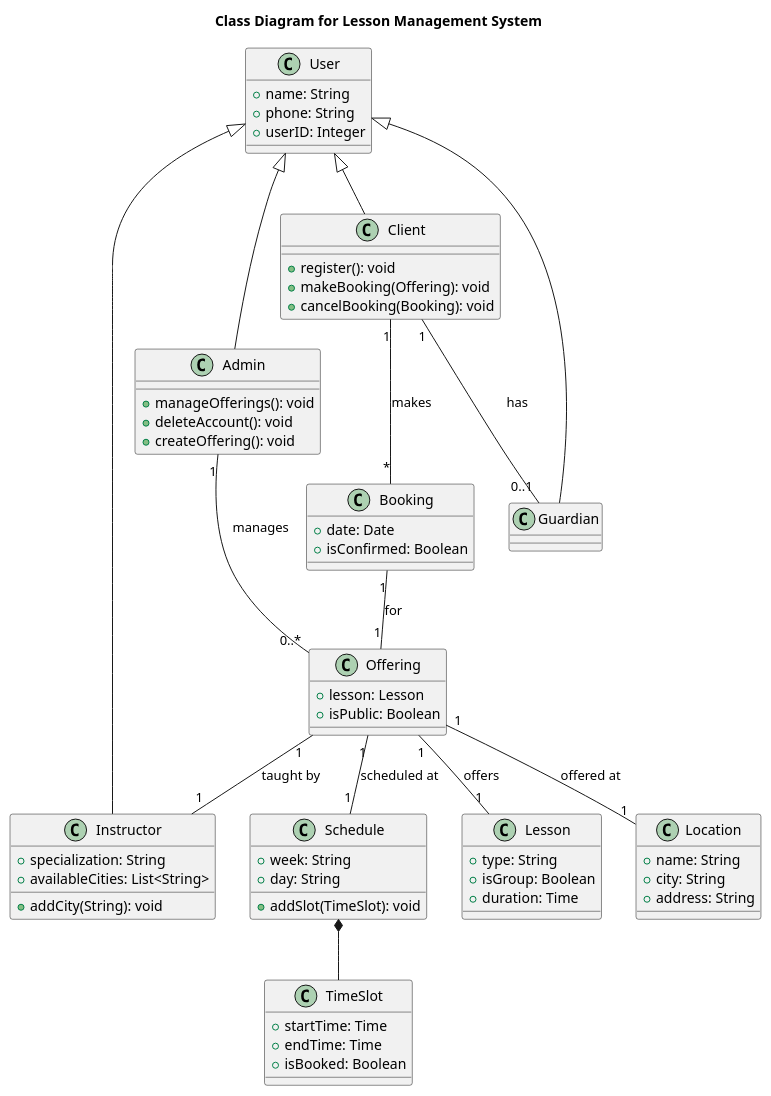
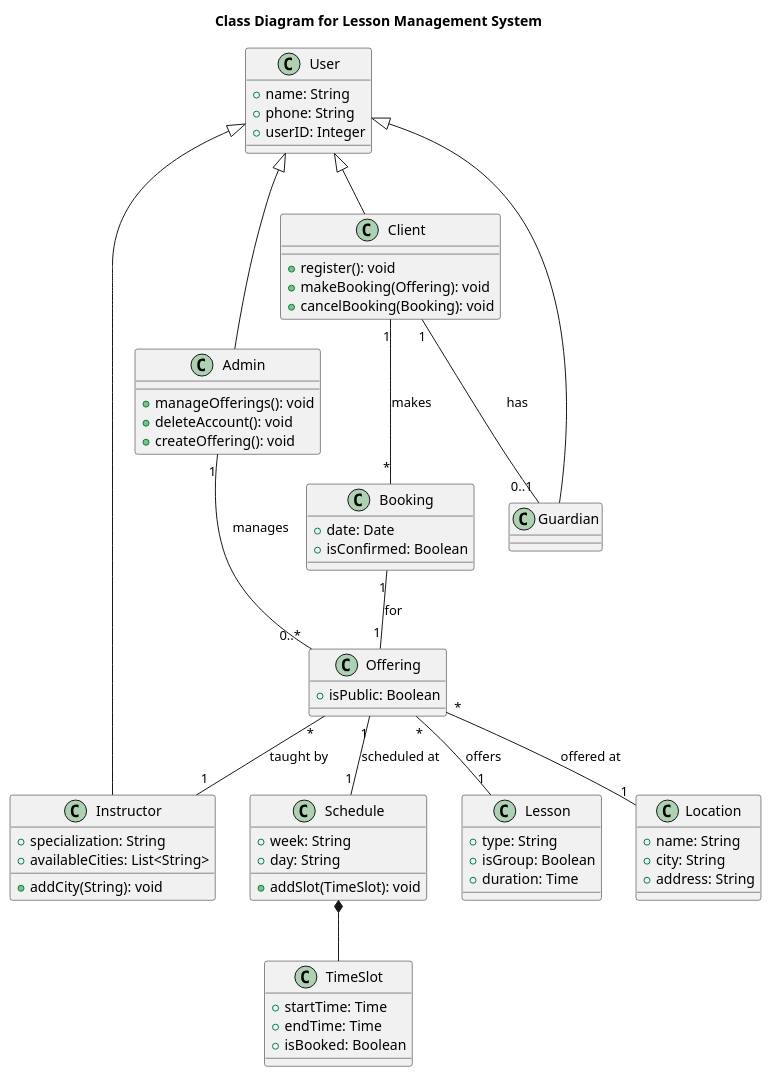
The diagram in diagrams/src/classdiagram.pu (NathanGrenier/SOEN-342-Project), drawn with PlantUML before and after one commit.

Commit message:
changed multiplicities

```diff
--- a/diagrams/src/classdiagram.pu
+++ b/diagrams/src/classdiagram.pu
@@ -2,79 +2,78 @@
 @startuml {The name of the diagram}
 title Class Diagram for Lesson Management System
 
 class User {
     + name: String
     + phone: String
     + userID: Integer
 }
 class Location {
     + name: String
     + city: String
     + address: String
 }
 
 class Schedule {
     + week: String
     + day: String
     + addSlot(TimeSlot): void
 }
 
 class TimeSlot {
     + startTime: Time
     + endTime: Time
     + isBooked: Boolean
 }
 
 class Lesson {
     + type: String
     + isGroup: Boolean
     + duration: Time
 }
 
 class Instructor {
     + specialization: String
     + availableCities: List<String>
     + addCity(String): void
 }
 
 class Offering {
-    + lesson: Lesson
     + isPublic: Boolean
 }
 
 class Client {
     + register(): void
     + makeBooking(Offering): void
     + cancelBooking(Booking): void
 }
 
 class Booking {
     + date: Date
     + isConfirmed: Boolean
 }
 
 class Admin {
     + manageOfferings(): void
     + deleteAccount(): void
     + createOffering(): void
 }
 
 class Guardian {
 
 }
 
 Schedule *-- TimeSlot
-Offering "1" -- "1" Lesson : offers
-Offering "1" -- "1" Location : offered at
+Offering "*" -- "1" Lesson : offers
+Offering "*" -- "1" Location : offered at
 Offering "1" -- "1" Schedule : scheduled at
-Offering "1" -- "1" Instructor : taught by
+Offering "*" -- "1" Instructor : taught by
 Client "1" -- "*" Booking : makes
 Booking "1" -- "1" Offering : for
 Client "1" -- "0..1" Guardian : has
 User <|-- Guardian
 User <|-- Client
 User <|-- Instructor
 User <|-- Admin
 Admin "1" -- "0..*" Offering: manages
 
 @enduml
```
